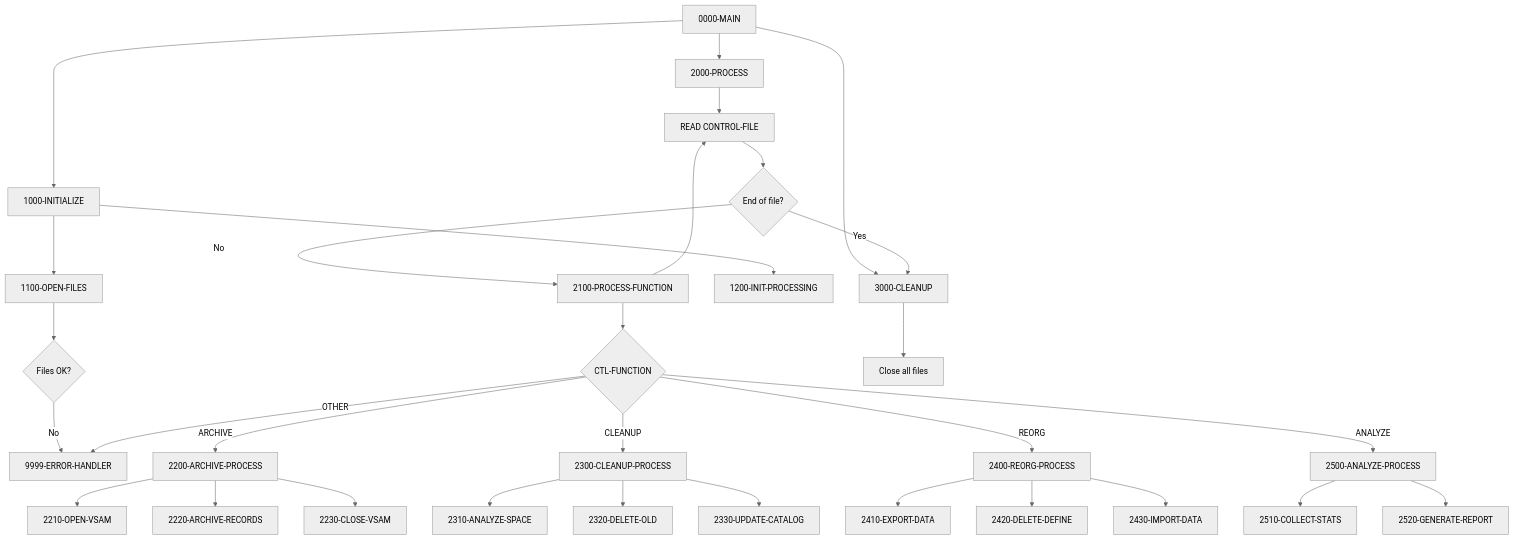
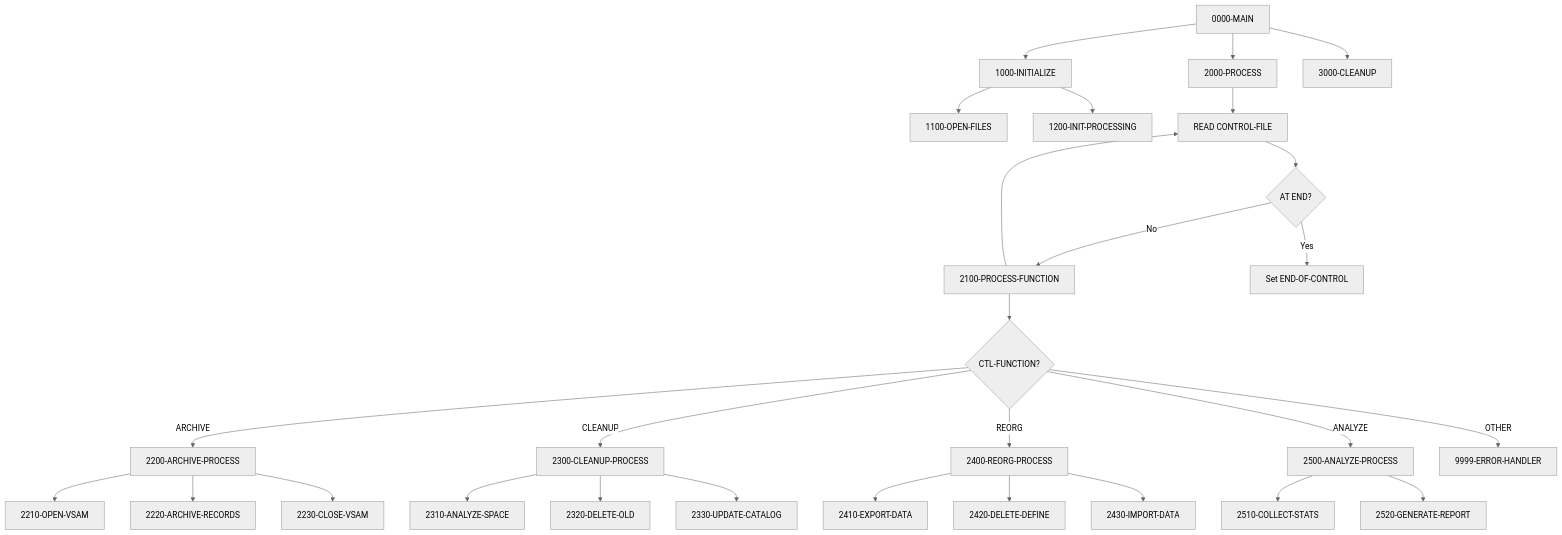
One commit to haladir-com/legacy-benchmark-docs-vb70e1 changed the first of 5 diagrams in docs/programs/UTLMNT00.mdx. Above: the diagram before and after it, drawn with Mermaid (neutral theme). The commit also changed other lines of this file and 63 other files, not shown here.

````diff
--- a/docs/programs/UTLMNT00.mdx
+++ b/docs/programs/UTLMNT00.mdx
@@ -20,42 +16,36 @@
 ```mermaid
 graph TD
     A[0000-MAIN] --> B[1000-INITIALIZE]
-    A --> C[2000-PROCESS]
-    A --> D[3000-CLEANUP]
+    B --> C[1100-OPEN-FILES]
+    B --> D[1200-INIT-PROCESSING]
+    A --> E[2000-PROCESS]
+    A --> F[3000-CLEANUP]
     
-    B --> B1[1100-OPEN-FILES]
-    B --> B2[1200-INIT-PROCESSING]
+    E --> E1[READ CONTROL-FILE]
+    E1 --> E2{AT END?}
+    E2 -->|No| E3[2100-PROCESS-FUNCTION]
+    E2 -->|Yes| E4[Set END-OF-CONTROL]
+    E3 --> E1
     
-    B1 --> B1a{Files OK?}
-    B1a -->|No| ERR[9999-ERROR-HANDLER]
+    E3 --> F1{CTL-FUNCTION?}
+    F1 -->|ARCHIVE| G[2200-ARCHIVE-PROCESS]
+    F1 -->|CLEANUP| H[2300-CLEANUP-PROCESS]
+    F1 -->|REORG| I[2400-REORG-PROCESS]
+    F1 -->|ANALYZE| J[2500-ANALYZE-PROCESS]
+    F1 -->|OTHER| K[9999-ERROR-HANDLER]
     
-    C --> C1[READ CONTROL-FILE]
-    C1 --> C2{End of file?}
-    C2 -->|No| C3[2100-PROCESS-FUNCTION]
-    C2 -->|Yes| D
-    C3 --> C1
+    G --> G1[2210-OPEN-VSAM]
+    G --> G2[2220-ARCHIVE-RECORDS]
+    G --> G3[2230-CLOSE-VSAM]
     
-    C3 --> E{CTL-FUNCTION}
-    E -->|ARCHIVE| F[2200-ARCHIVE-PROCESS]
-    E -->|CLEANUP| G[2300-CLEANUP-PROCESS]
-    E -->|REORG| H[2400-REORG-PROCESS]
-    E -->|ANALYZE| I[2500-ANALYZE-PROCESS]
-    E -->|OTHER| ERR
+    H --> H1[2310-ANALYZE-SPACE]
+    H --> H2[2320-DELETE-OLD]
+    H --> H3[2330-UPDATE-CATALOG]
     
-    F --> F1[2210-OPEN-VSAM]
-    F --> F2[2220-ARCHIVE-RECORDS]
-    F --> F3[2230-CLOSE-VSAM]
+    I --> I1[2410-EXPORT-DATA]
+    I --> I2[2420-DELETE-DEFINE]
+    I --> I3[2430-IMPORT-DATA]
     
-    G --> G1[2310-ANALYZE-SPACE]
-    G --> G2[2320-DELETE-OLD]
-    G --> G3[2330-UPDATE-CATALOG]
-    
-    H --> H1[2410-EXPORT-DATA]
-    H --> H2[2420-DELETE-DEFINE]
-    H --> H3[2430-IMPORT-DATA]
-    
-    I --> I1[2510-COLLECT-STATS]
-    I --> I2[2520-GENERATE-REPORT]
-    
-    D --> D1[Close all files]
+    J --> J1[2510-COLLECT-STATS]
+    J --> J2[2520-GENERATE-REPORT]
 ```
````
